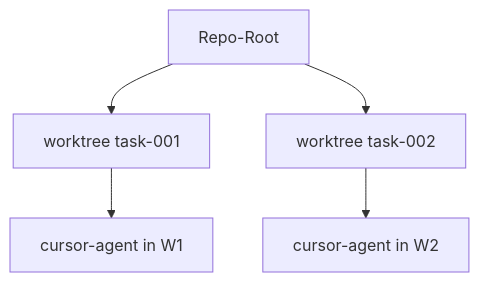
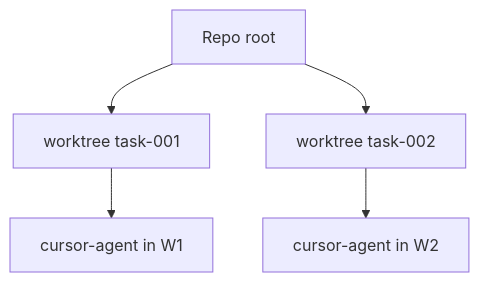
Before and after one commit to LaProgrammerie/asagiri: the diagram in docs-site/content/docs/de/reliability/worktree-isolation.mdx, drawn with Mermaid. The commit also changed other lines of this file and 148 other files, not shown here.

````diff
--- a/docs-site/content/docs/de/reliability/worktree-isolation.mdx
+++ b/docs-site/content/docs/de/reliability/worktree-isolation.mdx
@@ -26,7 +30,7 @@
 ```mermaid
 flowchart TB
-  R[Repo-Root] --> W1[worktree task-001]
+  R[Repo root] --> W1[worktree task-001]
   R --> W2[worktree task-002]
   W1 --> A1[cursor-agent in W1]
   W2 --> A2[cursor-agent in W2]
 ```
````
